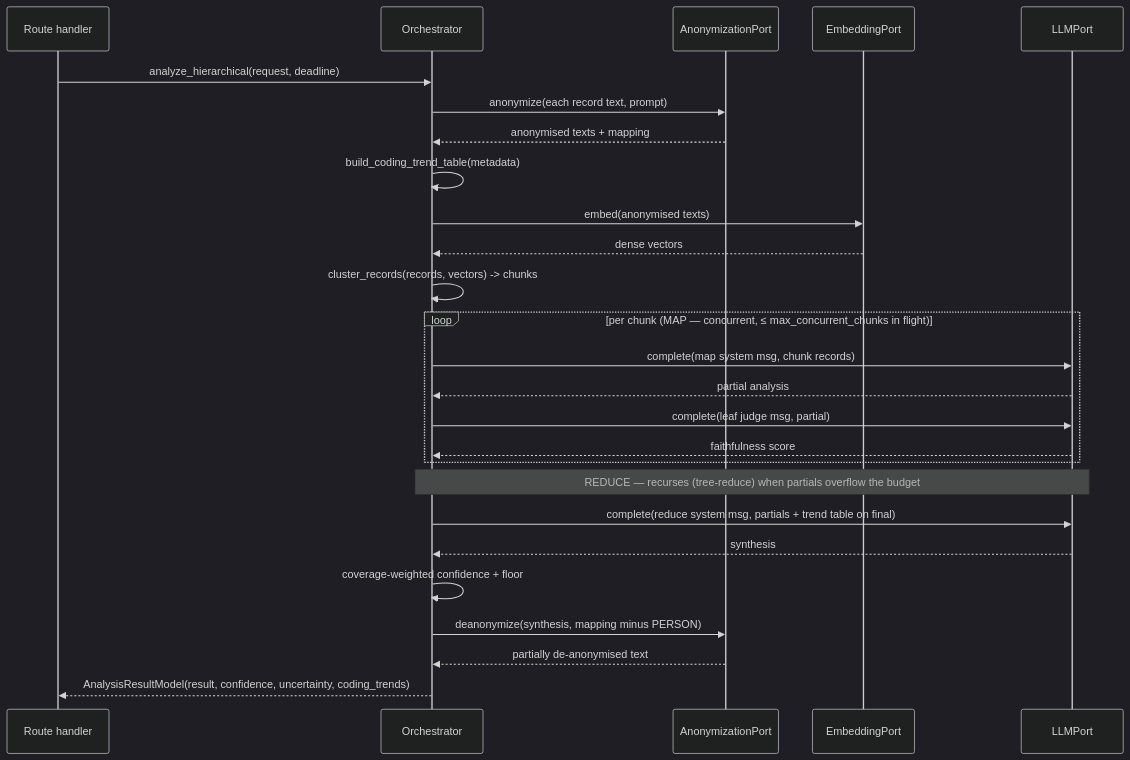
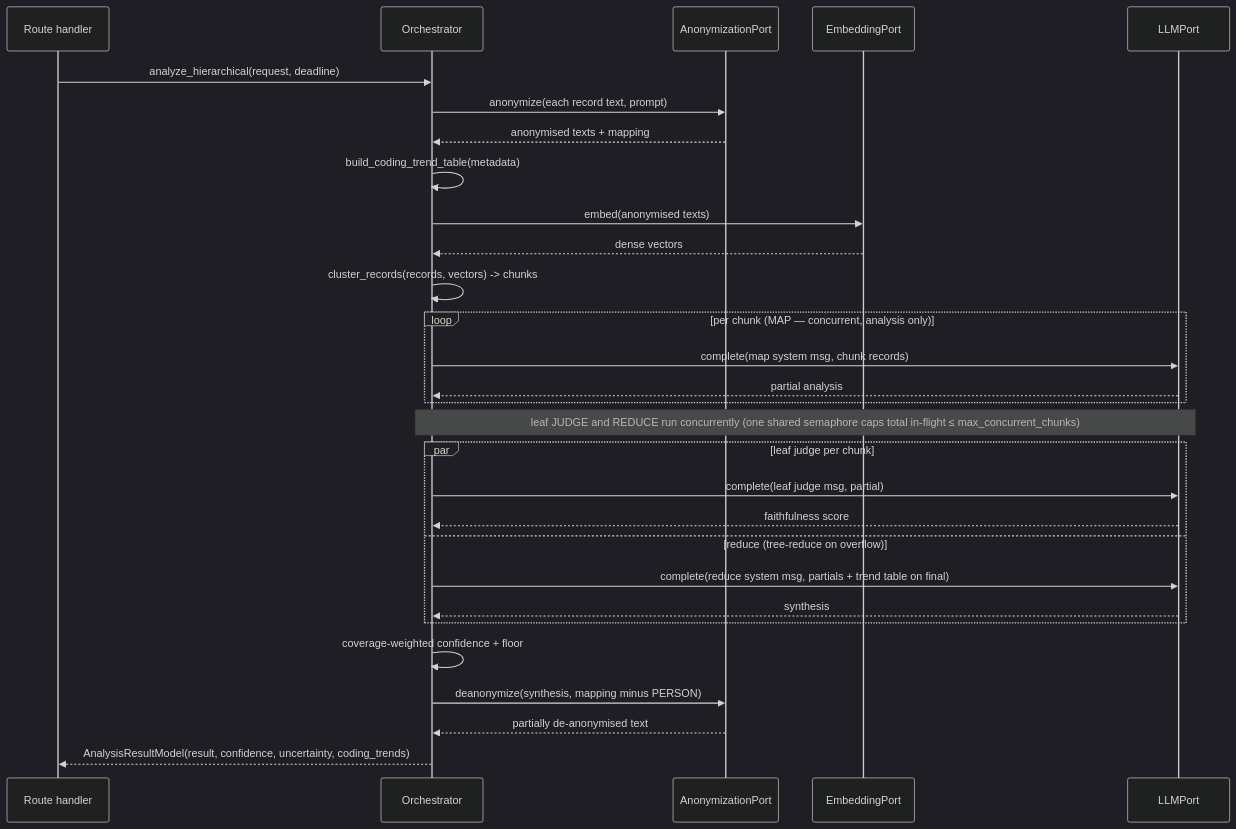
Before and after one commit to rodekruis/qualitative-feedback-analysis: the second of 2 diagrams in docs/architecture/07-hierarchical-analysis.md, drawn with Mermaid (dark theme). The commit also changed other lines of this file and 3 other files, not shown here.

First line of the commit message:
feat(analyze): overlap leaf judging with the reduce phase

````diff
--- a/docs/architecture/07-hierarchical-analysis.md
+++ b/docs/architecture/07-hierarchical-analysis.md
@@ -134,29 +145,32 @@
 ```mermaid
 sequenceDiagram
     participant route as Route handler
     participant orch as Orchestrator
     participant anon as AnonymizationPort
     participant emb as EmbeddingPort
     participant llm as LLMPort
 
     route->>orch: analyze_hierarchical(request, deadline)
     orch->>anon: anonymize(each record text, prompt)
     anon-->>orch: anonymised texts + mapping
     orch->>orch: build_coding_trend_table(metadata)
     orch->>emb: embed(anonymised texts)
     emb-->>orch: dense vectors
     orch->>orch: cluster_records(records, vectors) -> chunks
-    loop per chunk (MAP — concurrent, ≤ max_concurrent_chunks in flight)
+    loop per chunk (MAP — concurrent, analysis only)
         orch->>llm: complete(map system msg, chunk records)
         llm-->>orch: partial analysis
+    end
+    note over orch,llm: leaf JUDGE and REDUCE run concurrently (one shared semaphore caps total in-flight ≤ max_concurrent_chunks)
+    par leaf judge per chunk
         orch->>llm: complete(leaf judge msg, partial)
         llm-->>orch: faithfulness score
+    and reduce (tree-reduce on overflow)
+        orch->>llm: complete(reduce system msg, partials + trend table on final)
+        llm-->>orch: synthesis
     end
-    note over orch,llm: REDUCE — recurses (tree-reduce) when partials overflow the budget
-    orch->>llm: complete(reduce system msg, partials + trend table on final)
-    llm-->>orch: synthesis
     orch->>orch: coverage-weighted confidence + floor
     orch->>anon: deanonymize(synthesis, mapping minus PERSON)
     anon-->>orch: partially de-anonymised text
     orch-->>route: AnalysisResultModel(result, confidence, uncertainty, coding_trends)
 ```
````
